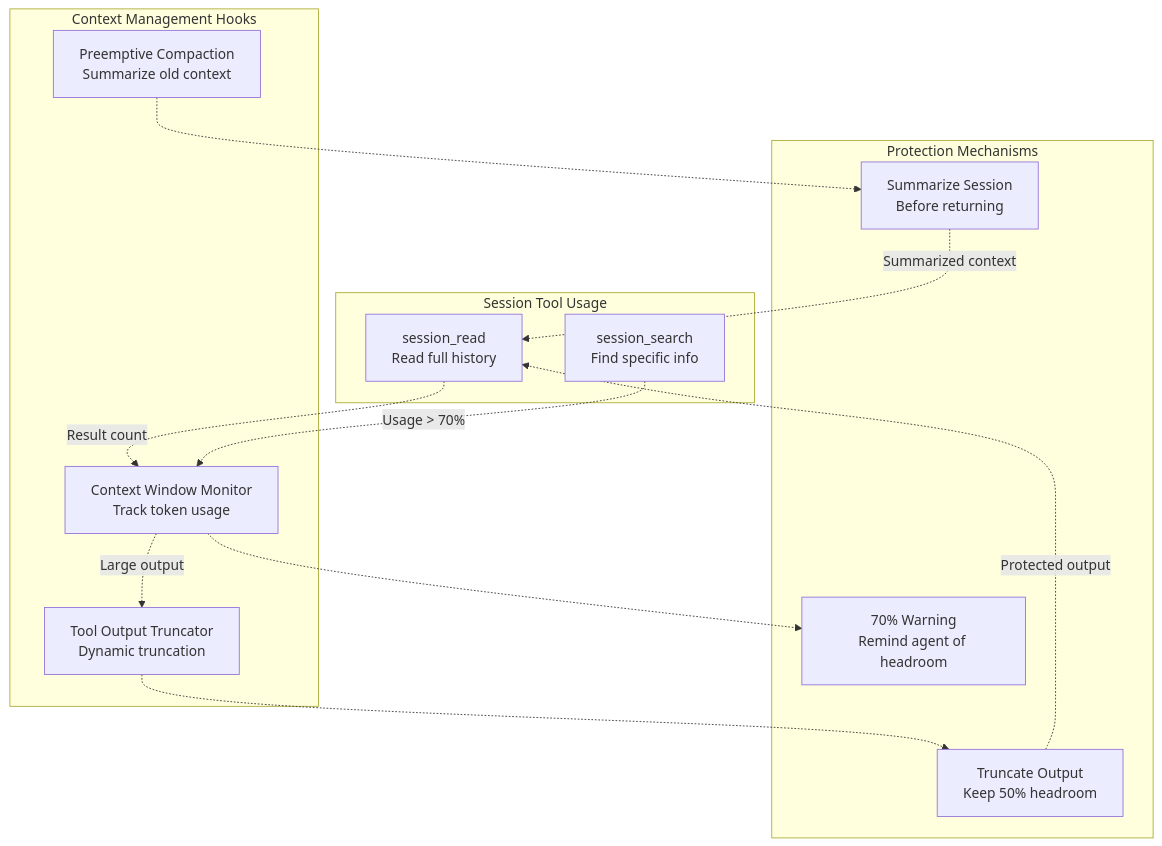
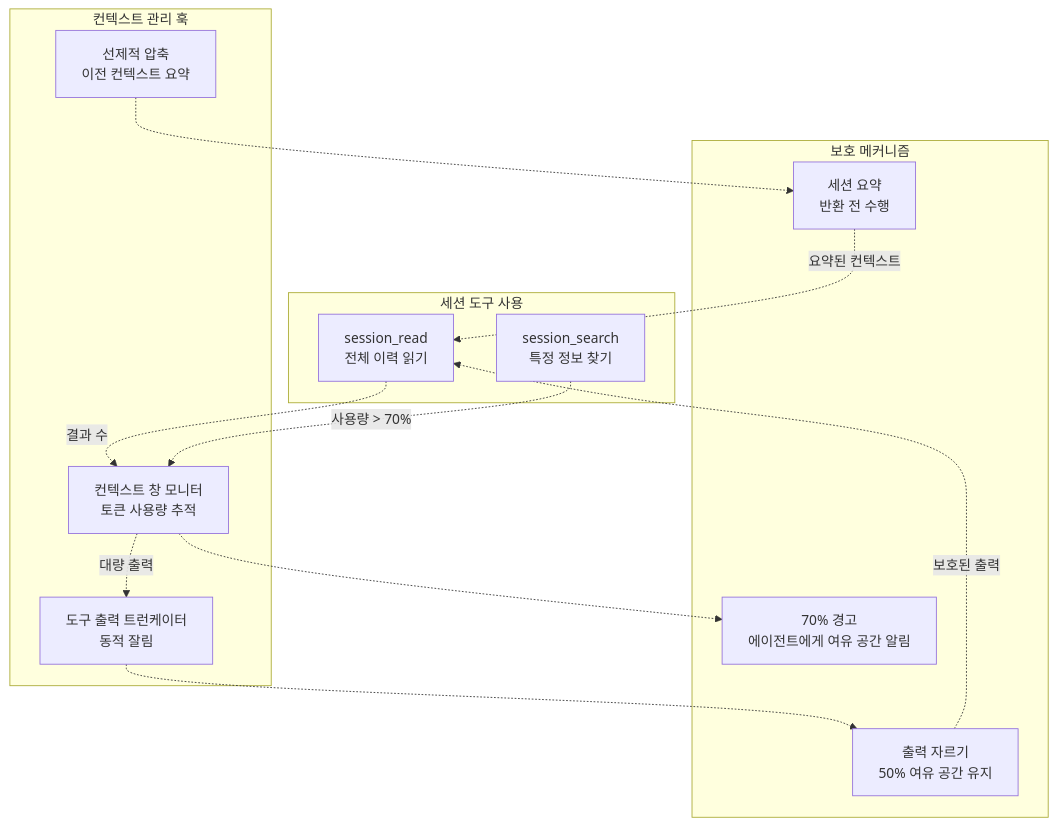
Before and after one commit to felipetruman/oh-my-opencode-docs: the seventh of 8 diagrams in docs/tools/session-management-tools.md, drawn with Mermaid. The commit also changed other lines of this file and 76 other files, not shown here.

````diff
--- a/docs/tools/session-management-tools.md
+++ b/docs/tools/session-management-tools.md
@@ -617,38 +615,38 @@
 ```mermaid
 flowchart TD
 
-SessionRead["session_read<br>Read full history"]
-SessionSearch["session_search<br>Find specific info"]
-Monitor["Context Window Monitor<br>Track token usage"]
-Truncator["Tool Output Truncator<br>Dynamic truncation"]
-Compaction["Preemptive Compaction<br>Summarize old context"]
-Warning["70% Warning<br>Remind agent of headroom"]
-Truncate["Truncate Output<br>Keep 50% headroom"]
-Summarize["Summarize Session<br>Before returning"]
+SessionRead["session_read<br>전체 이력 읽기"]
+SessionSearch["session_search<br>특정 정보 찾기"]
+Monitor["컨텍스트 창 모니터<br>토큰 사용량 추적"]
+Truncator["도구 출력 트런케이터<br>동적 잘림"]
+Compaction["선제적 압축<br>이전 컨텍스트 요약"]
+Warning["70% 경고<br>에이전트에게 여유 공간 알림"]
+Truncate["출력 자르기<br>50% 여유 공간 유지"]
+Summarize["세션 요약<br>반환 전 수행"]
 
-SessionRead -.->|"Result count"| Monitor
-SessionSearch -.->|"Usage > 70%"| Monitor
+SessionRead -.->|"결과 수"| Monitor
+SessionSearch -.->|"사용량 > 70%"| Monitor
 Monitor -.-> Warning
 Truncator -.-> Truncate
 Compaction -.-> Summarize
-Truncate -.->|"Protected output"| SessionRead
-Summarize -.->|"Summarized context"| SessionRead
+Truncate -.->|"보호된 출력"| SessionRead
+Summarize -.->|"요약된 컨텍스트"| SessionRead
 
-subgraph subGraph2 ["Protection Mechanisms"]
+subgraph subGraph2 ["보호 메커니즘"]
     Warning
     Truncate
     Summarize
 end
 
-subgraph subGraph1 ["Context Management Hooks"]
+subgraph subGraph1 ["컨텍스트 관리 훅"]
     Monitor
     Truncator
     Compaction
-    Monitor -.->|"Large output"| Truncator
+    Monitor -.->|"대량 출력"| Truncator
 end
 
-subgraph subGraph0 ["Session Tool Usage"]
+subgraph subGraph0 ["세션 도구 사용"]
     SessionRead
     SessionSearch
 end
 ```
````
